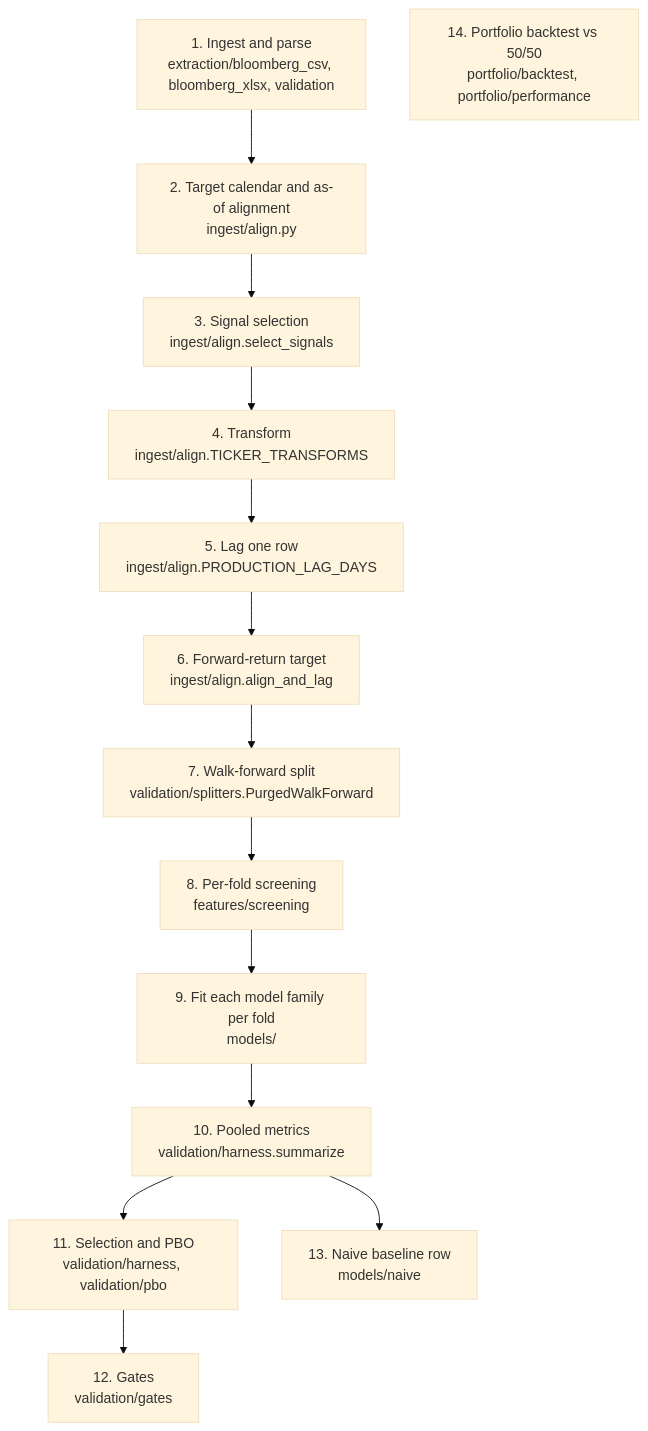
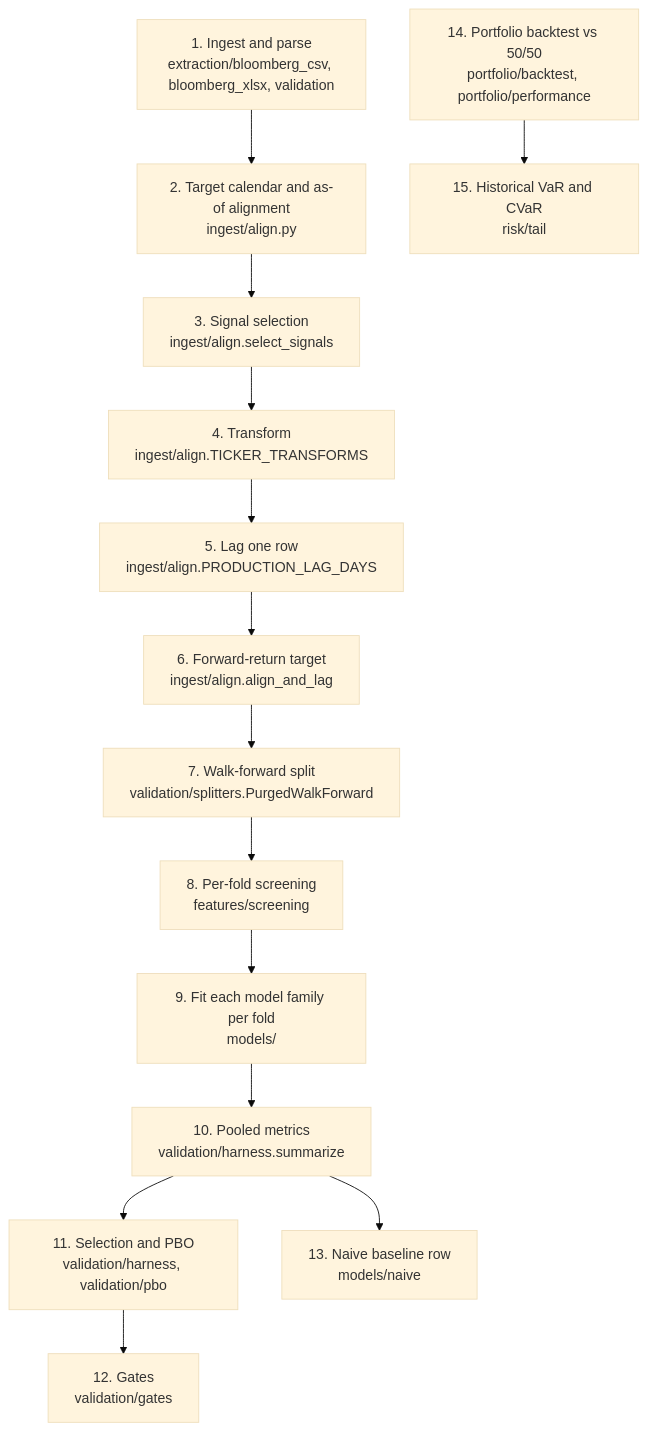
Before and after one commit to QuekKangSheng/forecasting-engine: the diagram in docs/methodology.md, drawn with Mermaid (base theme). The commit also changed other lines of this file and 6 other files, not shown here.

First line of the commit message:
Compute historical VaR and CVaR from the backtest's realised returns

````diff
--- a/docs/methodology.md
+++ b/docs/methodology.md
@@ -14,17 +14,18 @@
 ```mermaid
 flowchart TD
     A["1. Ingest and parse<br/>extraction/bloomberg_csv, bloomberg_xlsx, validation"] --> B
     B["2. Target calendar and as-of alignment<br/>ingest/align.py"] --> C
     C["3. Signal selection<br/>ingest/align.select_signals"] --> D
     D["4. Transform<br/>ingest/align.TICKER_TRANSFORMS"] --> E
     E["5. Lag one row<br/>ingest/align.PRODUCTION_LAG_DAYS"] --> F
     F["6. Forward-return target<br/>ingest/align.align_and_lag"] --> G
     G["7. Walk-forward split<br/>validation/splitters.PurgedWalkForward"] --> H
     H["8. Per-fold screening<br/>features/screening"] --> I
     I["9. Fit each model family per fold<br/>models/"] --> J
     J["10. Pooled metrics<br/>validation/harness.summarize"] --> K
     K["11. Selection and PBO<br/>validation/harness, validation/pbo"] --> L
     L["12. Gates<br/>validation/gates"]
     J --> M["13. Naive baseline row<br/>models/naive"]
-    N["14. Portfolio backtest vs 50/50<br/>portfolio/backtest, portfolio/performance"]
+    N["14. Portfolio backtest vs 50/50<br/>portfolio/backtest, portfolio/performance"] --> O
+    O["15. Historical VaR and CVaR<br/>risk/tail"]
 ```
````
